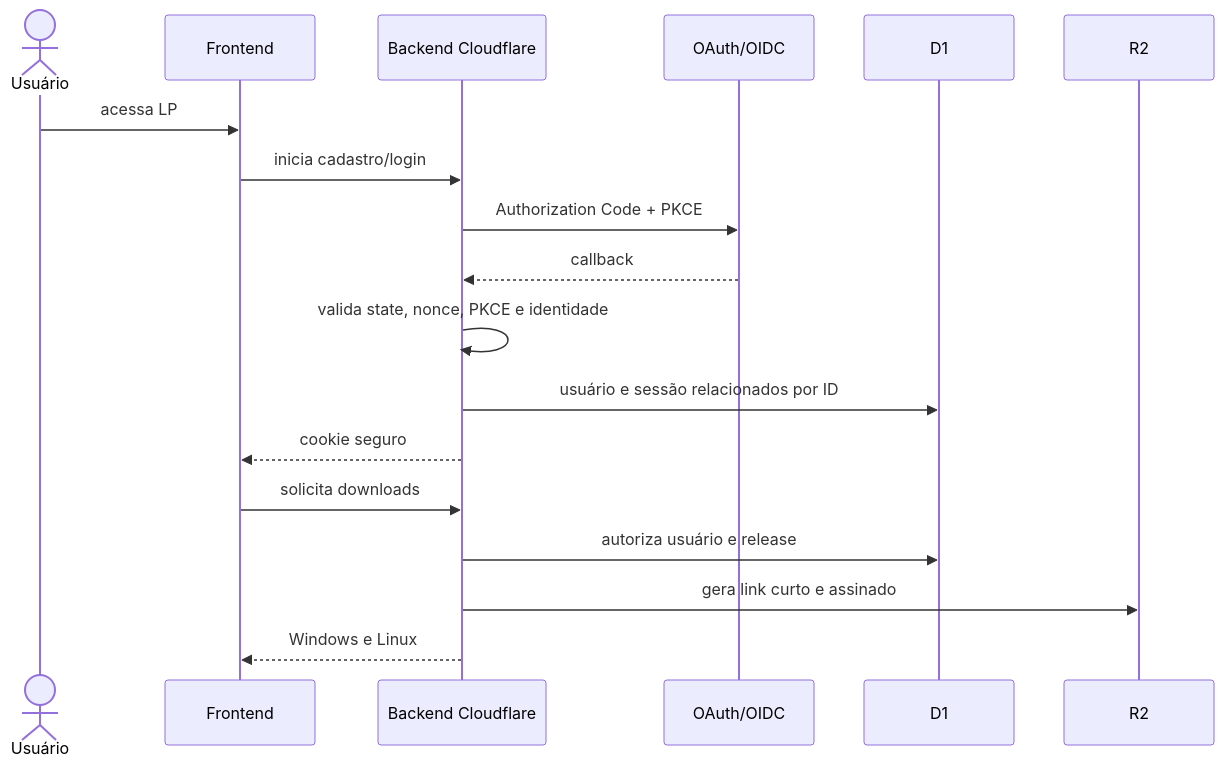
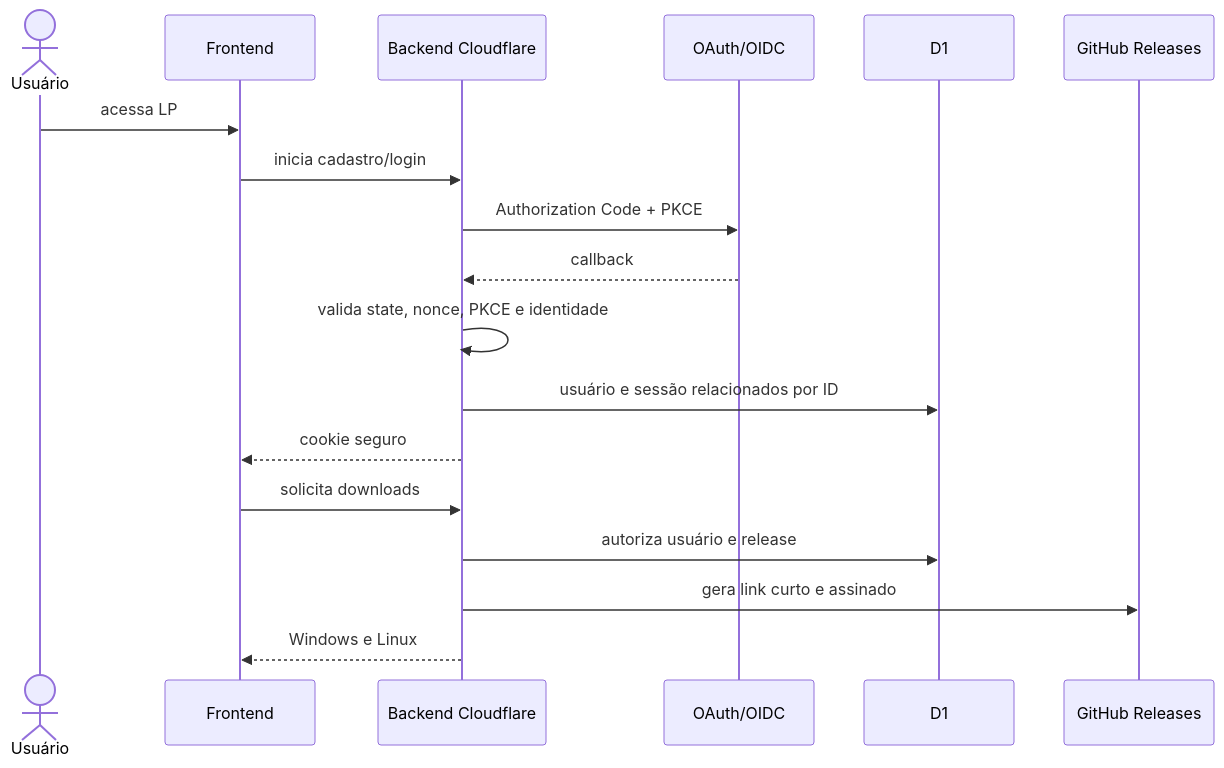
One commit to luizfelipe-pacifico/talentum changed the first of 2 diagrams in docs/ARCHITECTURE-WEB.md. Above: the diagram before and after it, drawn with Mermaid. The commit also changed other lines of this file and 6 other files, not shown here.

````diff
--- a/docs/ARCHITECTURE-WEB.md
+++ b/docs/ARCHITECTURE-WEB.md
@@ -9,20 +9,20 @@
 ```mermaid
 sequenceDiagram
     actor U as Usuário
     participant F as Frontend
     participant B as Backend Cloudflare
     participant O as OAuth/OIDC
     participant D as D1
-    participant R as R2
+    participant R as GitHub Releases
     U->>F: acessa LP
     F->>B: inicia cadastro/login
     B->>O: Authorization Code + PKCE
     O-->>B: callback
     B->>B: valida state, nonce, PKCE e identidade
     B->>D: usuário e sessão relacionados por ID
     B-->>F: cookie seguro
     F->>B: solicita downloads
     B->>D: autoriza usuário e release
     B->>R: gera link curto e assinado
     B-->>F: Windows e Linux
 ```
````
